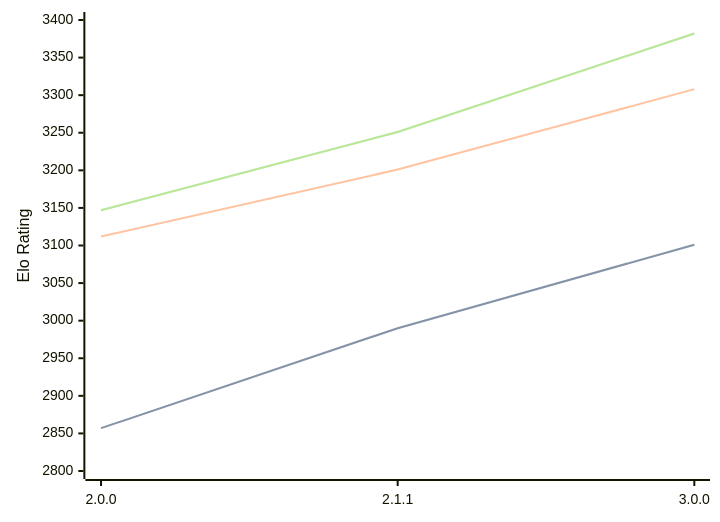
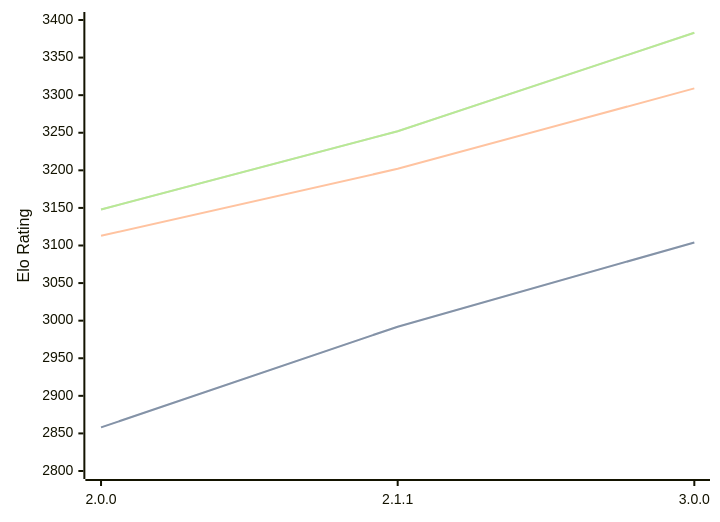
Before and after one commit to computer-chess-index/cci: the diagram in engines/Bread.md, drawn with Mermaid. The commit also changed other lines of this file, not shown here.

Commit message:
Update CCI Ratings (ELO VLTC) - 2026-08-22

````diff
--- a/engines/Bread.md
+++ b/engines/Bread.md
@@ -36,11 +36,11 @@
 ```mermaid
 %%{init: {"theme":"base","themeVariables":{"seriesColors:['#a3a3a3','#222221','#faa371']}}}%%
 xychart-beta
   x-axis ["2.0.0", "2.1.1", "3.0.0"]
   y-axis "Elo Rating" 2800 --> 3400
-  line "STC (8.0+0.08s)" [2857, 2990, 3101]
-  line "STC (8.0+0.08s)" [2857, 2990, 3101]
-  line "LTC (60.0+0.60s)" [3112, 3201, 3308]
-  line "VLTC (2m24s+1.12s)" [3147, 3251, 3382]
-  line "VLTC (2m24s+1.12s)" [3147, 3251, 3382]
+  line "STC (8.0+0.08s)" [2858, 2992, 3104]
+  line "STC (8.0+0.08s)" [2858, 2992, 3104]
+  line "LTC (60.0+0.60s)" [3113, 3202, 3309]
+  line "VLTC (2m24s+1.12s)" [3148, 3252, 3383]
+  line "VLTC (2m24s+1.12s)" [3148, 3252, 3383]
 ```
````
